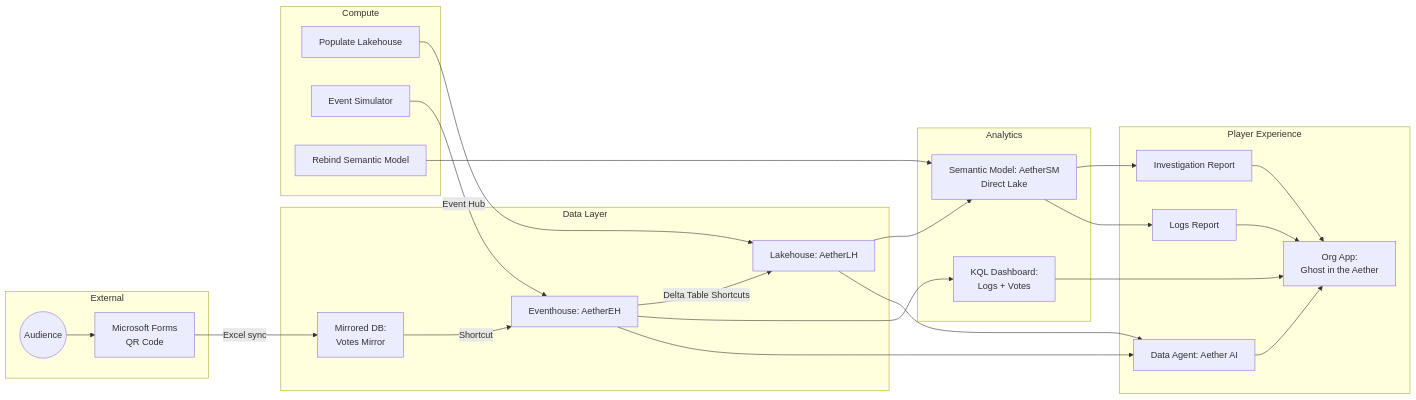
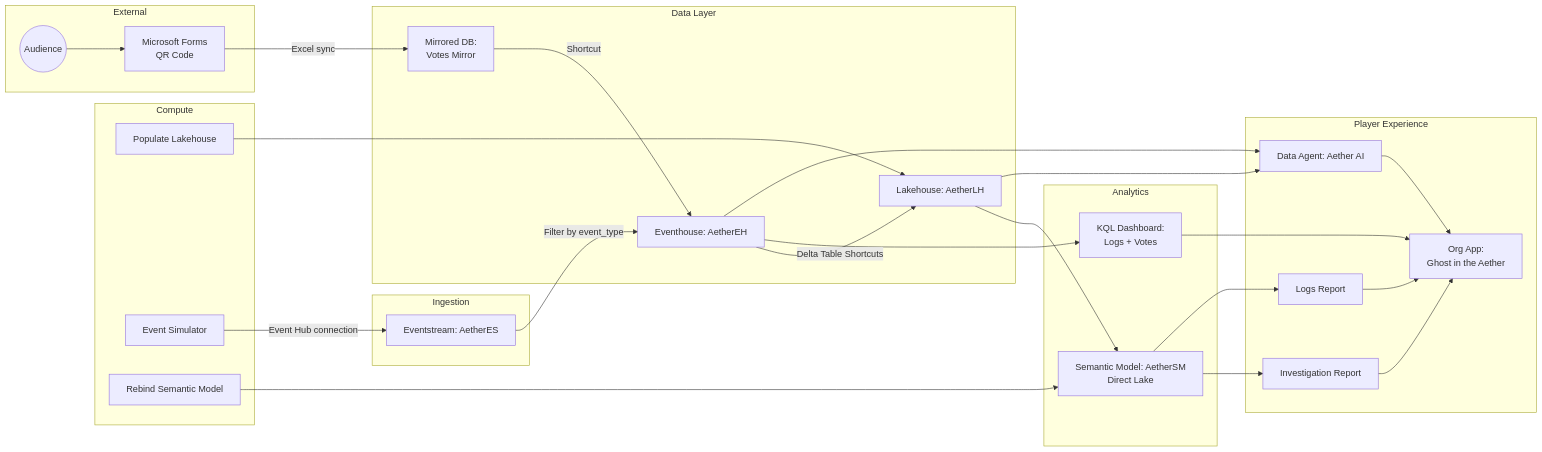
One commit to MitchSS/FabricMystery changed the first of 2 diagrams in README.md. Above: the diagram before and after it, drawn with Mermaid. The commit also changed other lines of this file and 5 other files, not shown here.

Commit message:
Automate Event Hub connection via AetherES Eventstream in deploy

````diff
--- a/README.md
+++ b/README.md
@@ -110,50 +111,55 @@
 ```mermaid
 flowchart LR
     subgraph Data["Data Layer"]
         EH[Eventhouse: AetherEH]
         LH[Lakehouse: AetherLH]
         MIRROR[Mirrored DB:\nVotes Mirror]
         EH -->|Delta Table Shortcuts| LH
     end
 
     subgraph Compute["Compute"]
         POP[Populate Lakehouse]
         SIM[Event Simulator]
         REB[Rebind Semantic Model]
+    end
+
+    subgraph Ingestion["Ingestion"]
+        ES[Eventstream: AetherES]
     end
 
     subgraph Analytics["Analytics"]
         SM[Semantic Model: AetherSM\nDirect Lake]
         KD[KQL Dashboard:\nLogs + Votes]
     end
 
     subgraph Experience["Player Experience"]
         R1[Investigation Report]
         R2[Logs Report]
         DA[Data Agent: Aether AI]
         APP[Org App:\nGhost in the Aether]
     end
 
     subgraph External["External"]
         FORMS[Microsoft Forms\nQR Code]
         AUDIENCE((Audience))
     end
 
     POP --> LH
-    SIM -->|Event Hub| EH
+    SIM -->|Event Hub connection| ES
+    ES -->|Filter by event_type| EH
     REB --> SM
     AUDIENCE --> FORMS
     FORMS -->|Excel sync| MIRROR
     MIRROR -->|Shortcut| EH
 
     LH --> SM
     EH --> KD
     EH --> DA
     LH --> DA
     SM --> R1
     SM --> R2
     R1 --> APP
     R2 --> APP
     DA --> APP
     KD --> APP
 ```
````
